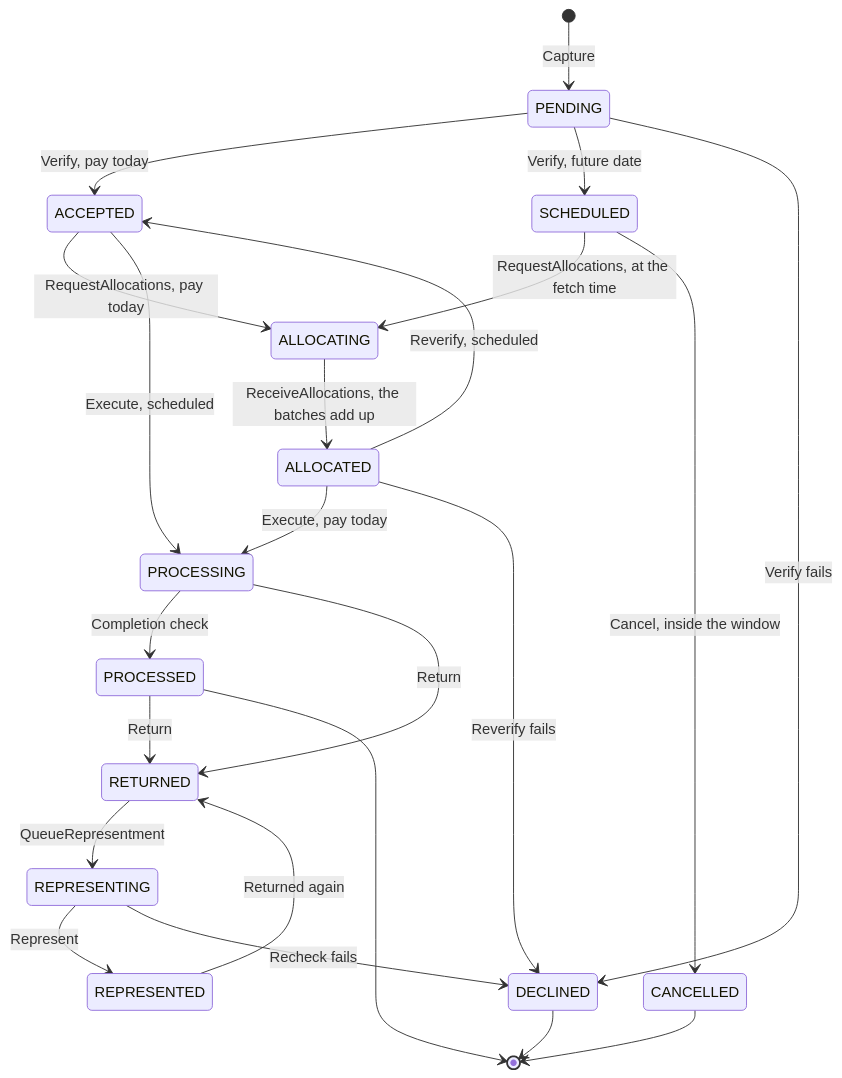
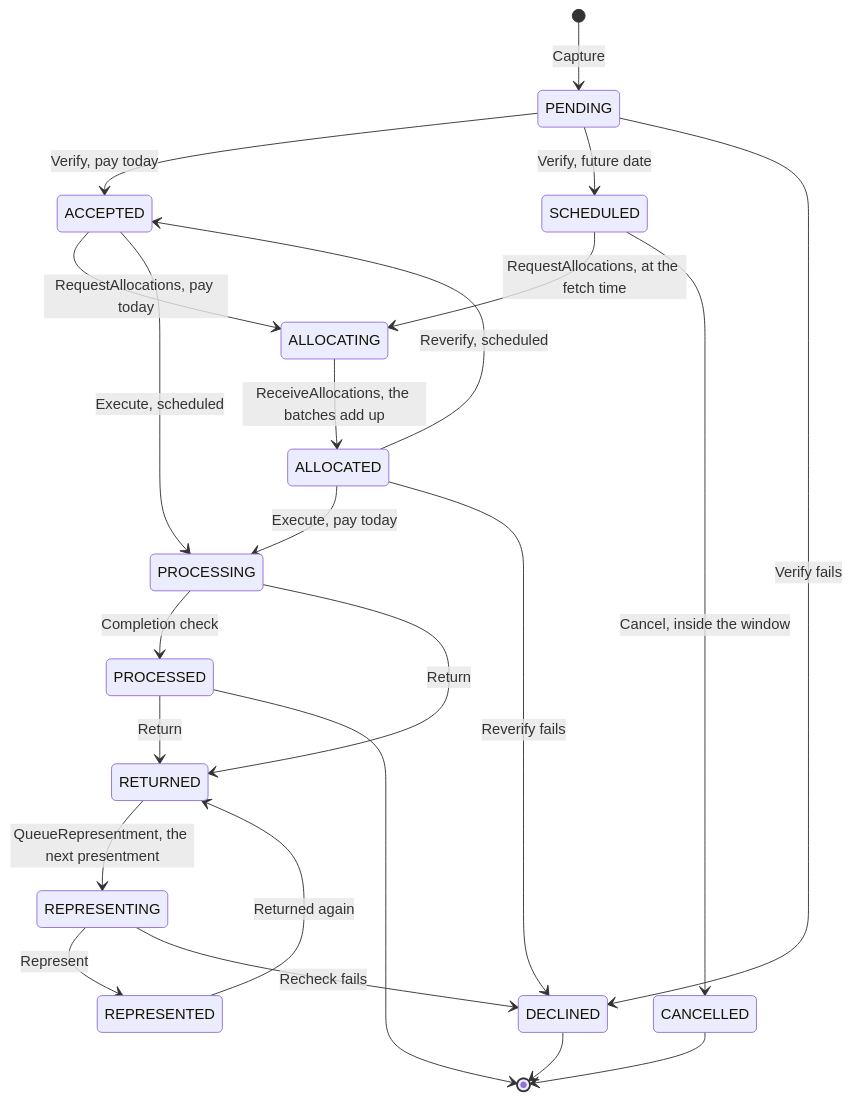
The second of 2 diagrams in docs/Wiki_Spec.md (arunav-bhattacharya/billpay-book), drawn with Mermaid before and after one commit. The commit also changed other lines of this file and 14 other files, not shown here.

````diff
--- a/docs/Wiki_Spec.md
+++ b/docs/Wiki_Spec.md
@@ -1509,25 +1544,25 @@
 ```mermaid
 stateDiagram-v2
     [*] --> PENDING: Capture
     PENDING --> ACCEPTED: Verify, pay today
     PENDING --> SCHEDULED: Verify, future date
     PENDING --> DECLINED: Verify fails
     ACCEPTED --> ALLOCATING: RequestAllocations, pay today
     SCHEDULED --> ALLOCATING: RequestAllocations, at the fetch time
     SCHEDULED --> CANCELLED: Cancel, inside the window
     ALLOCATING --> ALLOCATED: ReceiveAllocations, the batches add up
     ALLOCATED --> PROCESSING: Execute, pay today
     ALLOCATED --> ACCEPTED: Reverify, scheduled
     ALLOCATED --> DECLINED: Reverify fails
     ACCEPTED --> PROCESSING: Execute, scheduled
     PROCESSING --> PROCESSED: Completion check
     PROCESSING --> RETURNED: Return
     PROCESSED --> RETURNED: Return
-    RETURNED --> REPRESENTING: QueueRepresentment
+    RETURNED --> REPRESENTING: QueueRepresentment, the next presentment
     REPRESENTING --> REPRESENTED: Represent
     REPRESENTING --> DECLINED: Recheck fails
     REPRESENTED --> RETURNED: Returned again
     PROCESSED --> [*]
     DECLINED --> [*]
     CANCELLED --> [*]
 ```
````
